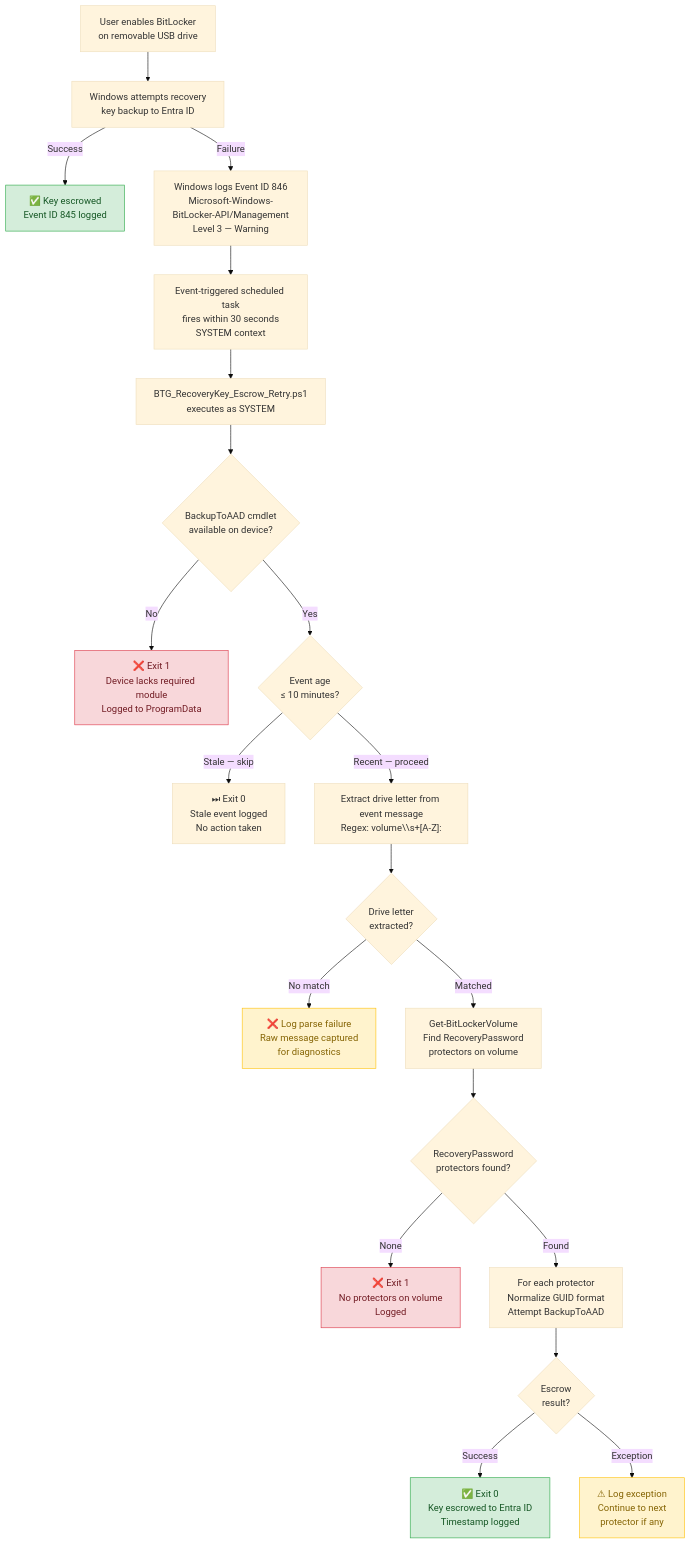
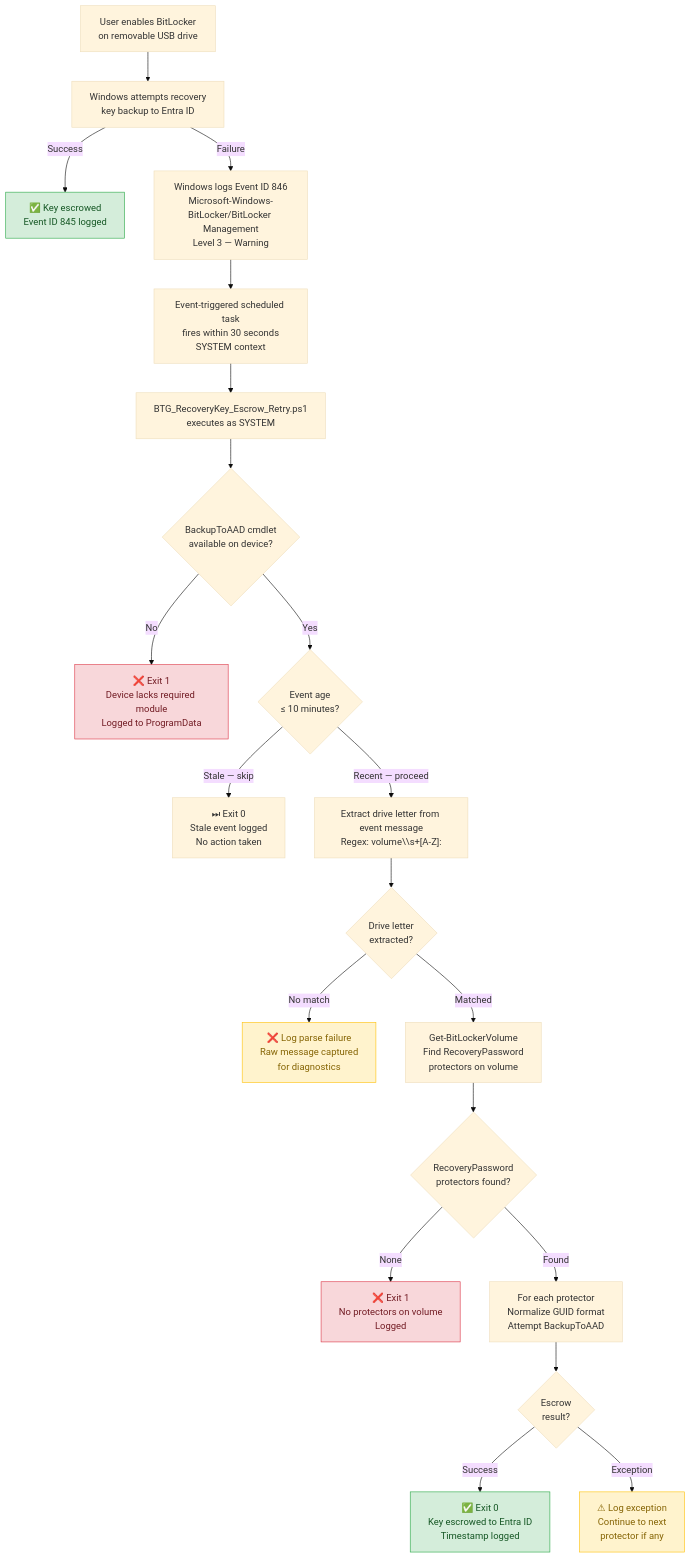
One commit to Shirish03/windows-endpoint-security-patterns changed the diagram in patterns/hybrid-entra-btg-key-escrow-pattern/README.md. Above: the diagram before and after it, drawn with Mermaid (base theme). The commit also changed other lines of this file and 7 other files, not shown here.

````diff
--- a/patterns/hybrid-entra-btg-key-escrow-pattern/README.md
+++ b/patterns/hybrid-entra-btg-key-escrow-pattern/README.md
@@ -137,47 +137,47 @@
 ```mermaid
 flowchart TB
     classDef success fill:#d4edda,stroke:#28a745,color:#155724
     classDef failure fill:#f8d7da,stroke:#dc3545,color:#721c24
     classDef warning fill:#fff3cd,stroke:#ffc107,color:#856404
 
     A["User enables BitLocker\non removable USB drive"]
     B["Windows attempts recovery\nkey backup to Entra ID"]
     C["✅ Key escrowed\nEvent ID 845 logged"]:::success
-    D["Windows logs Event ID 846\nMicrosoft-Windows-BitLocker-API/Management\nLevel 3 — Warning"]
+    D["Windows logs Event ID 846\nMicrosoft-Windows-BitLocker/BitLocker Management\nLevel 3 — Warning"]
     E["Event-triggered scheduled task\nfires within 30 seconds\nSYSTEM context"]
     F["BTG_RecoveryKey_Escrow_Retry.ps1\nexecutes as SYSTEM"]
     G{"BackupToAAD cmdlet\navailable on device?"}
     H["❌ Exit 1\nDevice lacks required module\nLogged to ProgramData"]:::failure
     I{"Event age\n≤ 10 minutes?"}
     J["⏭ Exit 0\nStale event logged\nNo action taken"]
     K["Extract drive letter from event message\nRegex: volume\\s+[A-Z]:"]
     L{"Drive letter\nextracted?"}
     M["❌ Log parse failure\nRaw message captured\nfor diagnostics"]:::warning
     N["Get-BitLockerVolume\nFind RecoveryPassword\nprotectors on volume"]
     O{"RecoveryPassword\nprotectors found?"}
     P["❌ Exit 1\nNo protectors on volume\nLogged"]:::failure
     Q["For each protector\nNormalize GUID format\nAttempt BackupToAAD"]
     R{"Escrow\nresult?"}
     S["✅ Exit 0\nKey escrowed to Entra ID\nTimestamp logged"]:::success
     T["⚠ Log exception\nContinue to next\nprotector if any"]:::warning
 
     A --> B
     B -->|Success| C
     B -->|Failure| D
     D --> E
     E --> F
     F --> G
     G -->|No| H
     G -->|Yes| I
     I -->|Stale — skip| J
     I -->|Recent — proceed| K
     K --> L
     L -->|No match| M
     L -->|Matched| N
     N --> O
     O -->|None| P
     O -->|Found| Q
     Q --> R
     R -->|Success| S
     R -->|Exception| T
 ```
````
